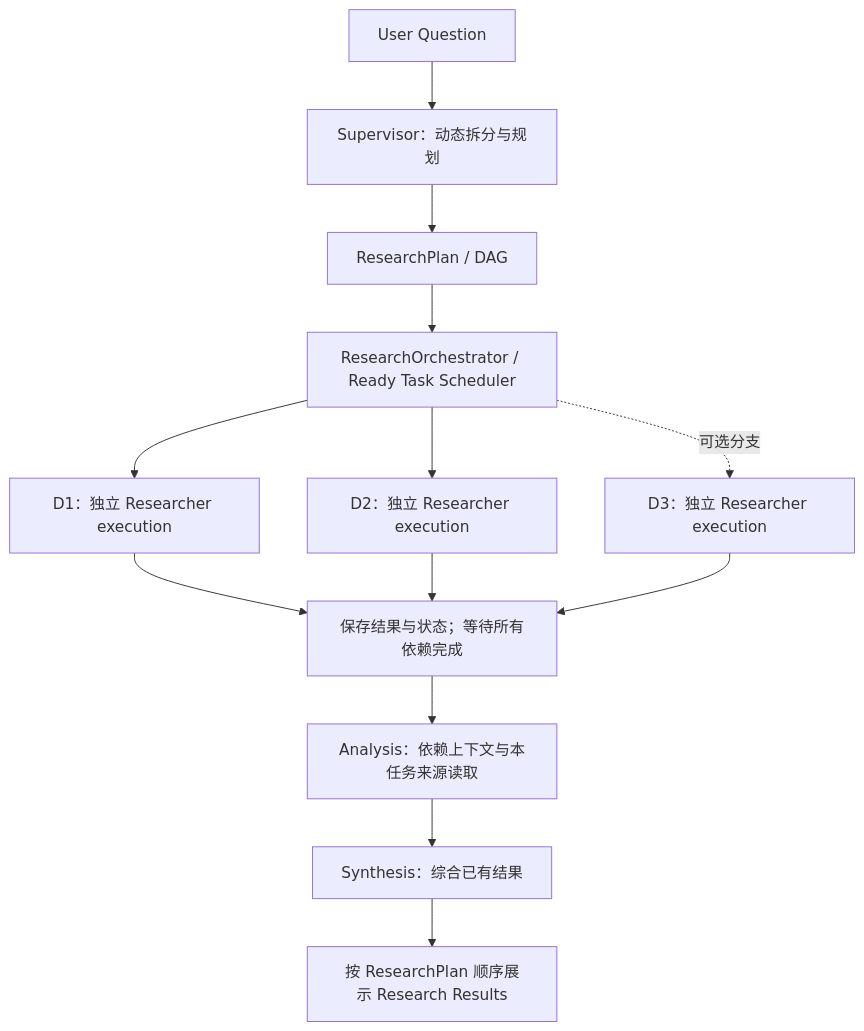
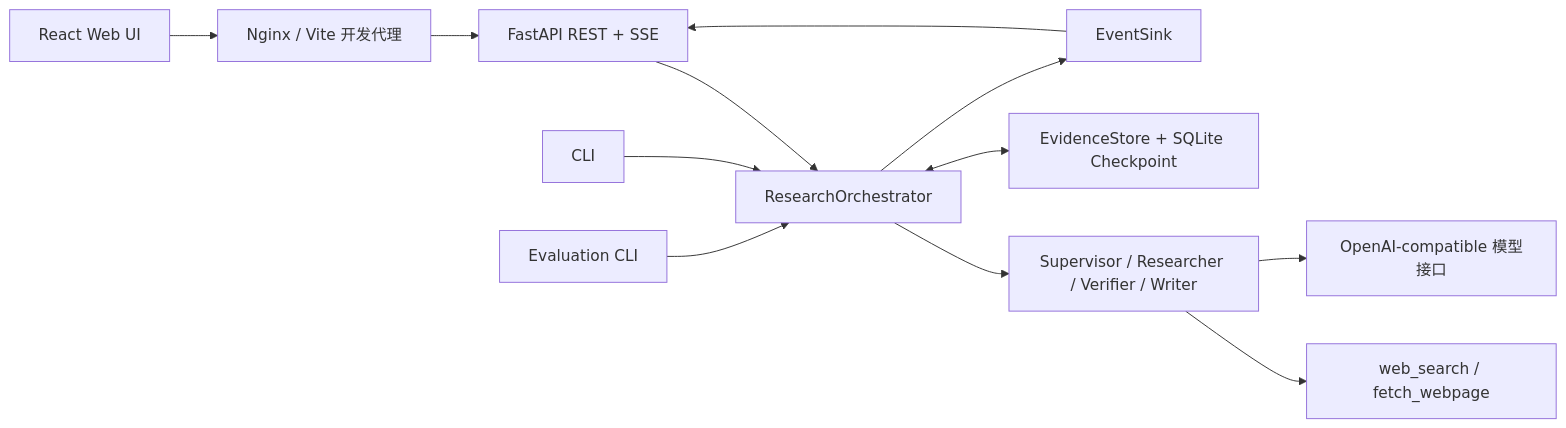
Before and after one commit to The26Num/DeepResearchAgent: the first of 2 diagrams in README.md, drawn with Mermaid. The commit also changed other lines of this file and 69 other files, not shown here.

````diff
--- a/README.md
+++ b/README.md
@@ -159,15 +28,14 @@
 ```mermaid
-flowchart TD
-    Q[User Question] --> P[Supervisor：动态拆分与规划]
-    P --> Plan[ResearchPlan / DAG]
-    Plan --> O[ResearchOrchestrator / Ready Task Scheduler]
-    O --> D1[D1：独立 Researcher execution]
-    O --> D2[D2：独立 Researcher execution]
-    O -. 可选分支 .-> D3[D3：独立 Researcher execution]
-    D1 --> C[保存结果与状态；等待所有依赖完成]
-    D2 --> C
-    D3 --> C
-    C --> A[Analysis：依赖上下文与本任务来源读取]
-    A --> S[Synthesis：综合已有结果]
-    S --> R[按 ResearchPlan 顺序展示 Research Results]
+flowchart LR
+    Browser[React Web UI] --> Proxy[Nginx / Vite 开发代理]
+    Proxy --> API[FastAPI REST + SSE]
+    CLI[CLI] --> Pipeline[ResearchOrchestrator]
+    API --> Pipeline
+    Eval[Evaluation CLI] --> Pipeline
+    Pipeline --> Agents[Supervisor / Researcher / Verifier / Writer]
+    Agents --> Tools[web_search / fetch_webpage]
+    Agents --> Models[OpenAI-compatible 模型接口]
+    Pipeline <--> Store[EvidenceStore + SQLite Checkpoint]
+    Pipeline --> Sink[EventSink]
+    Sink --> API
 ```
````
